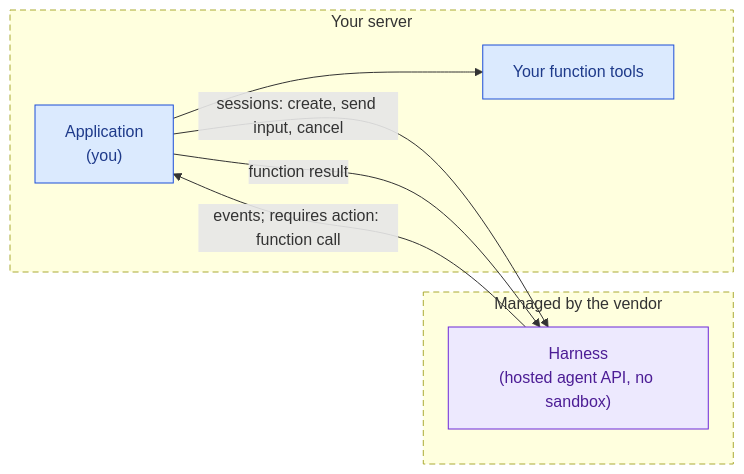
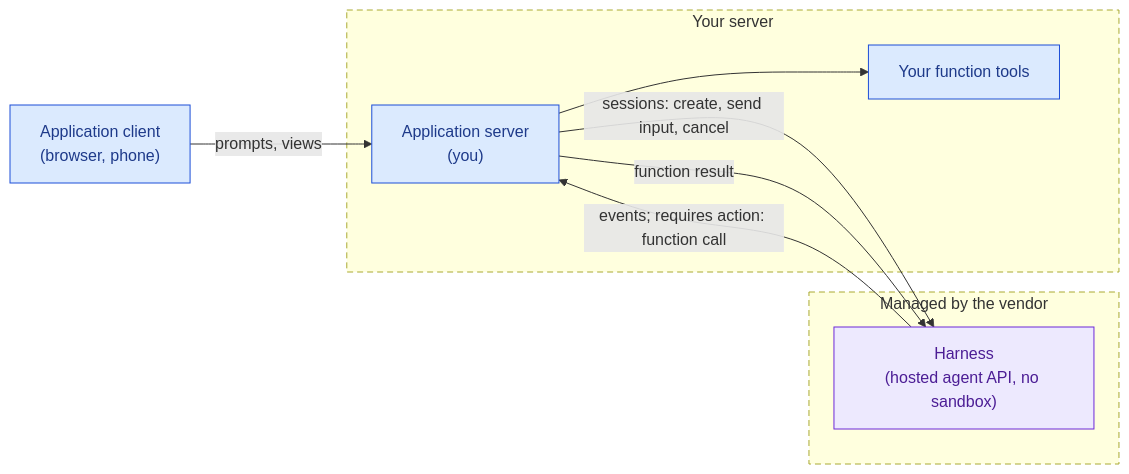
Before and after one commit to botiverse/oar: the sixth of 12 diagrams in docs/design/patterns.md, drawn with Mermaid. The commit also changed other lines of this file and 1 other file, not shown here.

First line of the commit message:
docs(design): rewrite deployment patterns around the client and server split

````diff
--- a/docs/design/patterns.md
+++ b/docs/design/patterns.md
@@ -465,18 +522,20 @@
 ```mermaid
 flowchart LR
-  subgraph app["Your server"]
-    App["Application<br/>(you)"]:::app
+  Client["Application client<br/>(browser, phone)"]:::app
+  subgraph server["Your server"]
+    App["Application server<br/>(you)"]:::app
     Tools["Your function tools"]:::app
   end
   subgraph vendor["Managed by the vendor"]
     Harness["Harness<br/>(hosted agent API, no sandbox)"]:::harness
   end
+  Client -- "prompts, views" --> App
   App -- "sessions: create, send input, cancel" --> Harness
   Harness -- "events; requires action: function call" --> App
   App --> Tools
   App -- "function result" --> Harness
-  style app stroke-dasharray: 6 4
+  style server stroke-dasharray: 6 4
   style vendor stroke-dasharray: 6 4
   classDef app fill:#dbeafe,stroke:#1d4ed8,color:#1e3a8a
   classDef harness fill:#ede9fe,stroke:#6d28d9,color:#4c1d95
 ```
````
